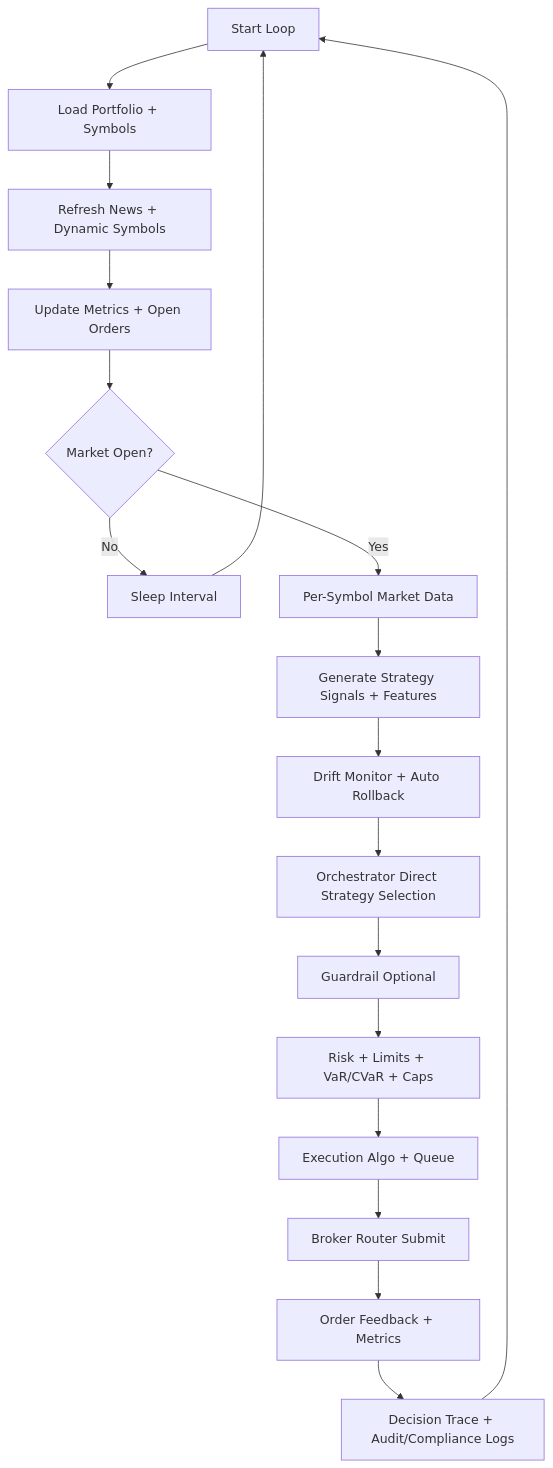
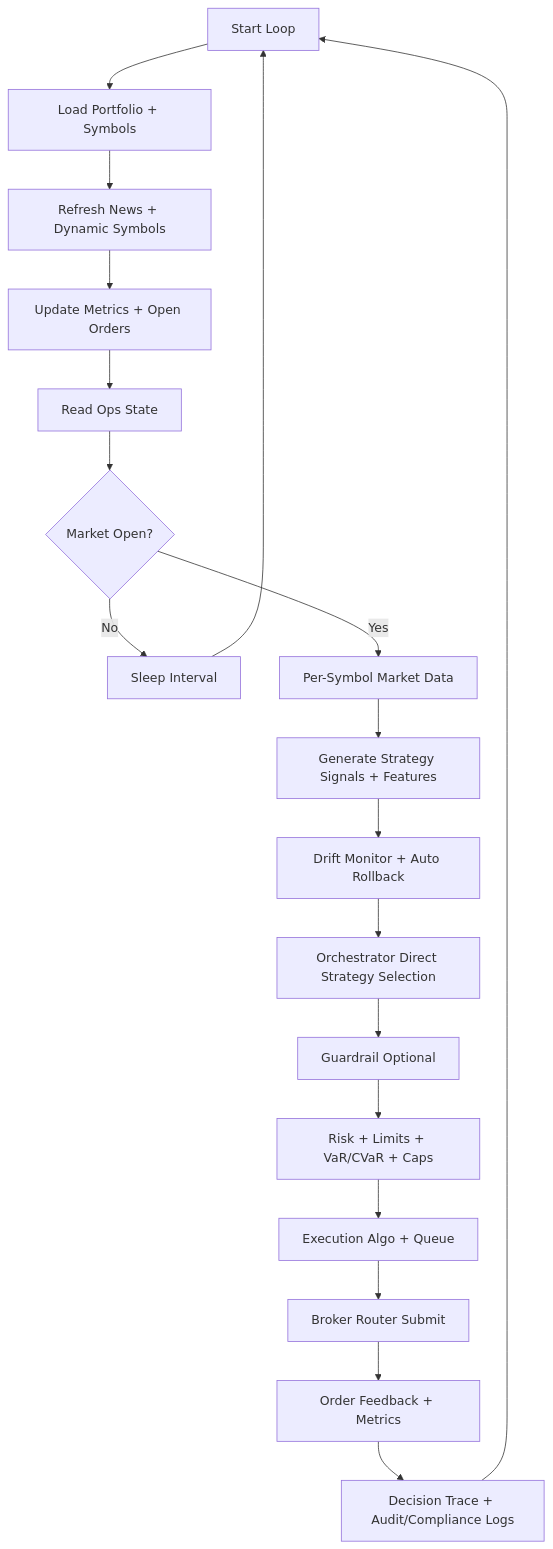
Before and after one commit to ilfrick/Fricktrade: the first of 4 diagrams in docs/flow_trading_agent.md, drawn with Mermaid. The commit also changed 1 other file, not shown here.

Commit message:
Update mermaid diagrams for ops state and model pointer

````diff
--- a/docs/flow_trading_agent.md
+++ b/docs/flow_trading_agent.md
@@ -7,20 +7,21 @@
 ```mermaid
 flowchart TD
     A[Start Loop] --> B[Load Portfolio + Symbols]
     B --> C[Refresh News + Dynamic Symbols]
     C --> D[Update Metrics + Open Orders]
-    D --> E{Market Open?}
-    E -- No --> F[Sleep Interval]
-    F --> A
-    E -- Yes --> G[Per-Symbol Market Data]
-    G --> H[Generate Strategy Signals + Features]
-    H --> I[Drift Monitor + Auto Rollback]
-    I --> J[Orchestrator Direct Strategy Selection]
-    J --> K[Guardrail Optional]
-    K --> L[Risk + Limits + VaR/CVaR + Caps]
-    L --> M[Execution Algo + Queue]
-    M --> N[Broker Router Submit]
-    N --> O[Order Feedback + Metrics]
-    O --> P[Decision Trace + Audit/Compliance Logs]
-    P --> A
+    D --> E[Read Ops State]
+    E --> F{Market Open?}
+    F -- No --> G[Sleep Interval]
+    G --> A
+    F -- Yes --> H[Per-Symbol Market Data]
+    H --> I[Generate Strategy Signals + Features]
+    I --> J[Drift Monitor + Auto Rollback]
+    J --> K[Orchestrator Direct Strategy Selection]
+    K --> L[Guardrail Optional]
+    L --> M[Risk + Limits + VaR/CVaR + Caps]
+    M --> N[Execution Algo + Queue]
+    N --> O[Broker Router Submit]
+    O --> P[Order Feedback + Metrics]
+    P --> Q[Decision Trace + Audit/Compliance Logs]
+    Q --> A
 ```
````
